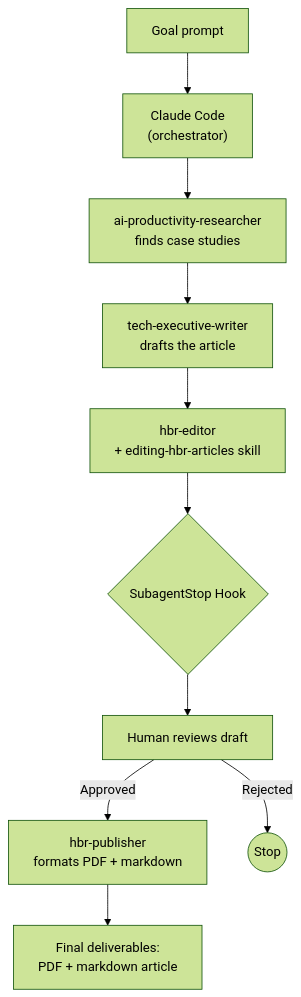
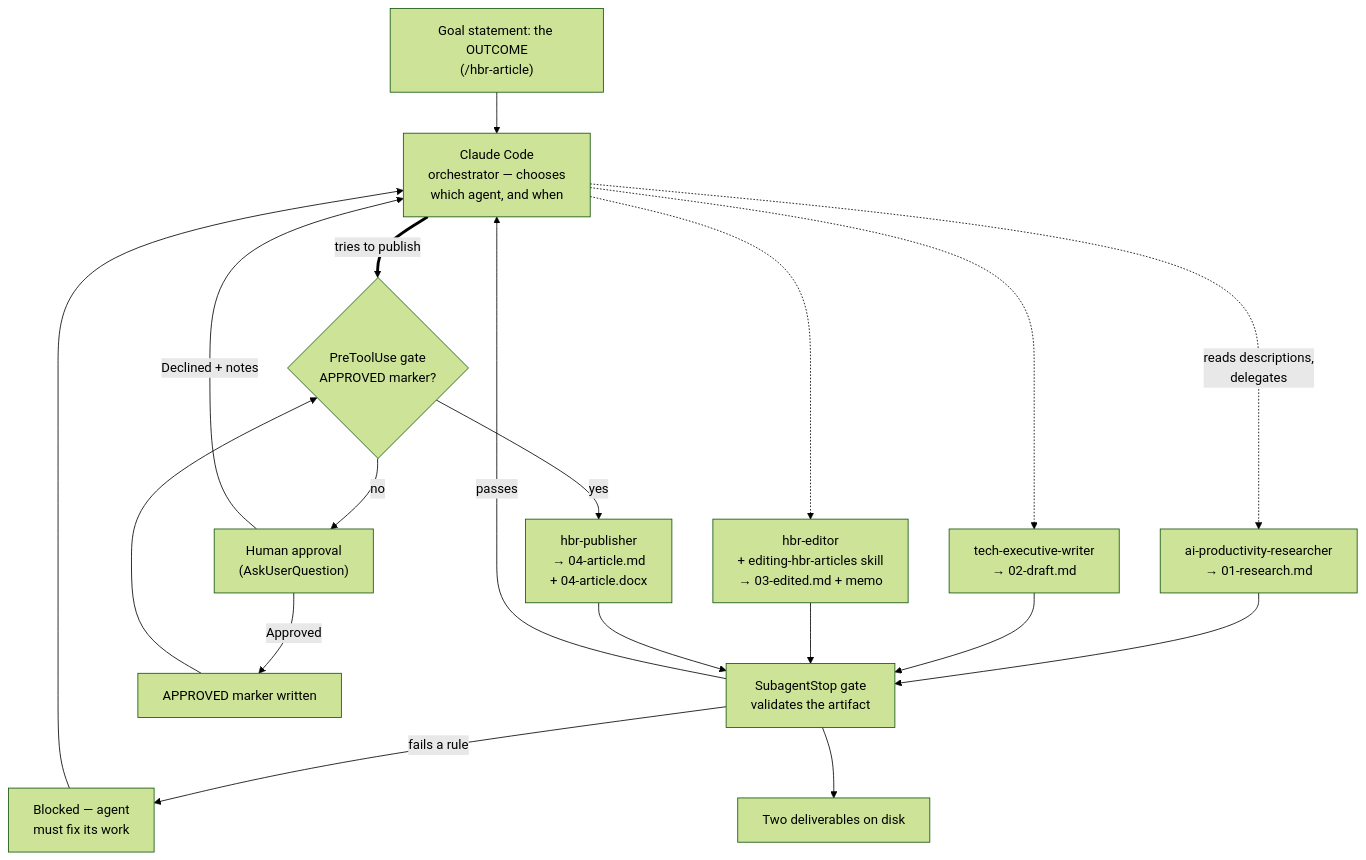
One commit to jamesgray-ai/handsonai changed the diagram in src/content/docs/ai-workflow-framework/examples/autonomous-agent.mdx. Above: the diagram before and after it, drawn with Mermaid (forest theme). The commit also changed other lines of this file and 40 other files, not shown here.

````diff
--- a/src/content/docs/ai-workflow-framework/examples/autonomous-agent.mdx
+++ b/src/content/docs/ai-workflow-framework/examples/autonomous-agent.mdx
@@ -66,12 +95,21 @@
 ```mermaid
 graph TD
-    A["Goal prompt"] --> B["Claude Code<br>(orchestrator)"]
-    B --> C["ai-productivity-researcher<br>finds case studies"]
-    C --> D["tech-executive-writer<br>drafts the article"]
-    D --> E["hbr-editor<br>+ editing-hbr-articles skill"]
-    E --> F{"SubagentStop Hook"}
-    F --> G["Human reviews draft"]
-    G -->|Approved| H["hbr-publisher<br>formats PDF + markdown"]
-    G -->|Rejected| I(("Stop"))
-    H --> J["Final deliverables:<br>PDF + markdown article"]
+    A["Goal statement: the OUTCOME<br>(/hbr-article)"] --> B["Claude Code<br>orchestrator — chooses<br>which agent, and when"]
+    B -.->|"reads descriptions,<br>delegates"| C["ai-productivity-researcher<br>→ 01-research.md"]
+    B -.-> D["tech-executive-writer<br>→ 02-draft.md"]
+    B -.-> E["hbr-editor<br>+ editing-hbr-articles skill<br>→ 03-edited.md + memo"]
+    C --> G["SubagentStop gate<br>validates the artifact"]
+    D --> G
+    E --> G
+    G -->|"fails a rule"| RB["Blocked — agent<br>must fix its work"]
+    RB --> B
+    G -->|"passes"| B
+    B ==>|"tries to publish"| PG{"PreToolUse gate<br>APPROVED marker?"}
+    PG -->|"no"| H["Human approval<br>(AskUserQuestion)"]
+    H -->|"Declined + notes"| B
+    H -->|"Approved"| M["APPROVED marker written"]
+    M --> PG
+    PG -->|"yes"| P["hbr-publisher<br>→ 04-article.md<br>+ 04-article.docx"]
+    P --> G
+    G --> Z["Two deliverables on disk"]
 ```
````
